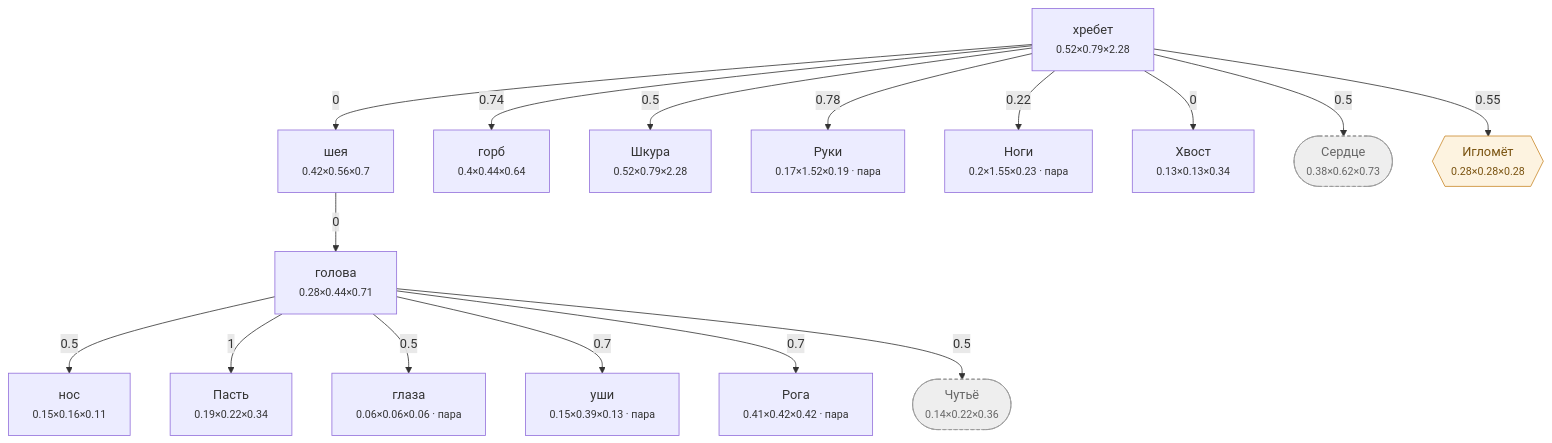
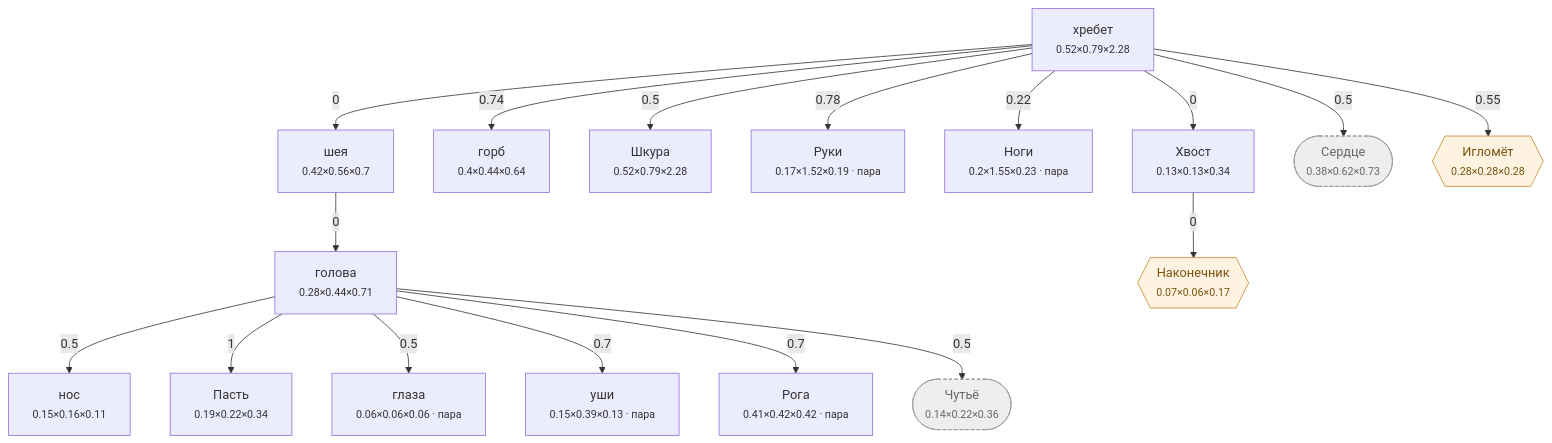
Before and after one commit to darklordshish/ChimeraEvolution-2026-06-26_15-29-59: the diagram in Docs/Диаграммы/Лось.md, drawn with Mermaid. The commit also changed other lines of this file and 17 other files, not shown here.

````diff
--- a/Docs/Диаграммы/Лось.md
+++ b/Docs/Диаграммы/Лось.md
@@ -161,41 +162,43 @@
 ```mermaid
 flowchart TD
     n0["хребет<br/><small>0.52×0.79×2.28</small>"]
     n1["нос<br/><small>0.15×0.16×0.11</small>"]
     n2["голова<br/><small>0.28×0.44×0.71</small>"]
     n3["Пасть<br/><small>0.19×0.22×0.34</small>"]
     n4["глаза<br/><small>0.06×0.06×0.06 · пара</small>"]
     n5["уши<br/><small>0.15×0.39×0.13 · пара</small>"]
     n6["шея<br/><small>0.42×0.56×0.7</small>"]
     n7["горб<br/><small>0.4×0.44×0.64</small>"]
     n8["Шкура<br/><small>0.52×0.79×2.28</small>"]
     n9["Руки<br/><small>0.17×1.52×0.19 · пара</small>"]
     n10["Ноги<br/><small>0.2×1.55×0.23 · пара</small>"]
     n11["Хвост<br/><small>0.13×0.13×0.34</small>"]
     n12["Рога<br/><small>0.41×0.42×0.42 · пара</small>"]
     n13(["Сердце<br/><small>0.38×0.62×0.73</small>"])
     n14(["Чутьё<br/><small>0.14×0.22×0.36</small>"])
-    n15{{"Игломёт<br/><small>0.28×0.28×0.28</small>"}}
+    n15{{"Наконечник<br/><small>0.07×0.06×0.17</small>"}}
+    n16{{"Игломёт<br/><small>0.28×0.28×0.28</small>"}}
 
     n2 -->|0.5| n1
     n6 -->|0| n2
     n2 -->|1| n3
     n2 -->|0.5| n4
     n2 -->|0.7| n5
     n0 -->|0| n6
     n0 -->|0.74| n7
     n0 -->|0.5| n8
     n0 -->|0.78| n9
     n0 -->|0.22| n10
     n0 -->|0| n11
     n2 -->|0.7| n12
     n0 -->|0.5| n13
     n2 -->|0.5| n14
-    n0 -->|0.55| n15
+    n11 -->|0| n15
+    n0 -->|0.55| n16
 
     classDef hid fill:#eee,stroke:#999,stroke-dasharray:4 3,color:#666
     classDef gr fill:#fdf3e0,stroke:#c98a2b,color:#7a5310
     classDef ch fill:#e8f2ff,stroke:#3b74c4,color:#1c3f70
     class n13,n14 hid
-    class n15 gr
+    class n15,n16 gr
 ```
````
